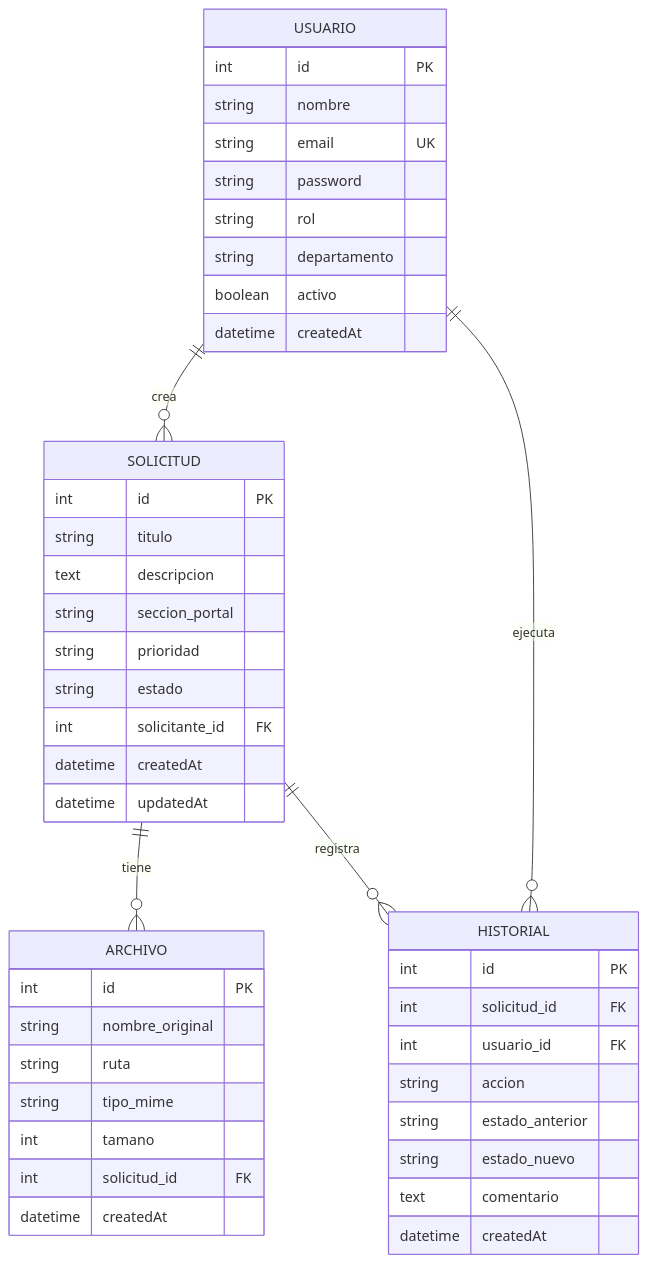
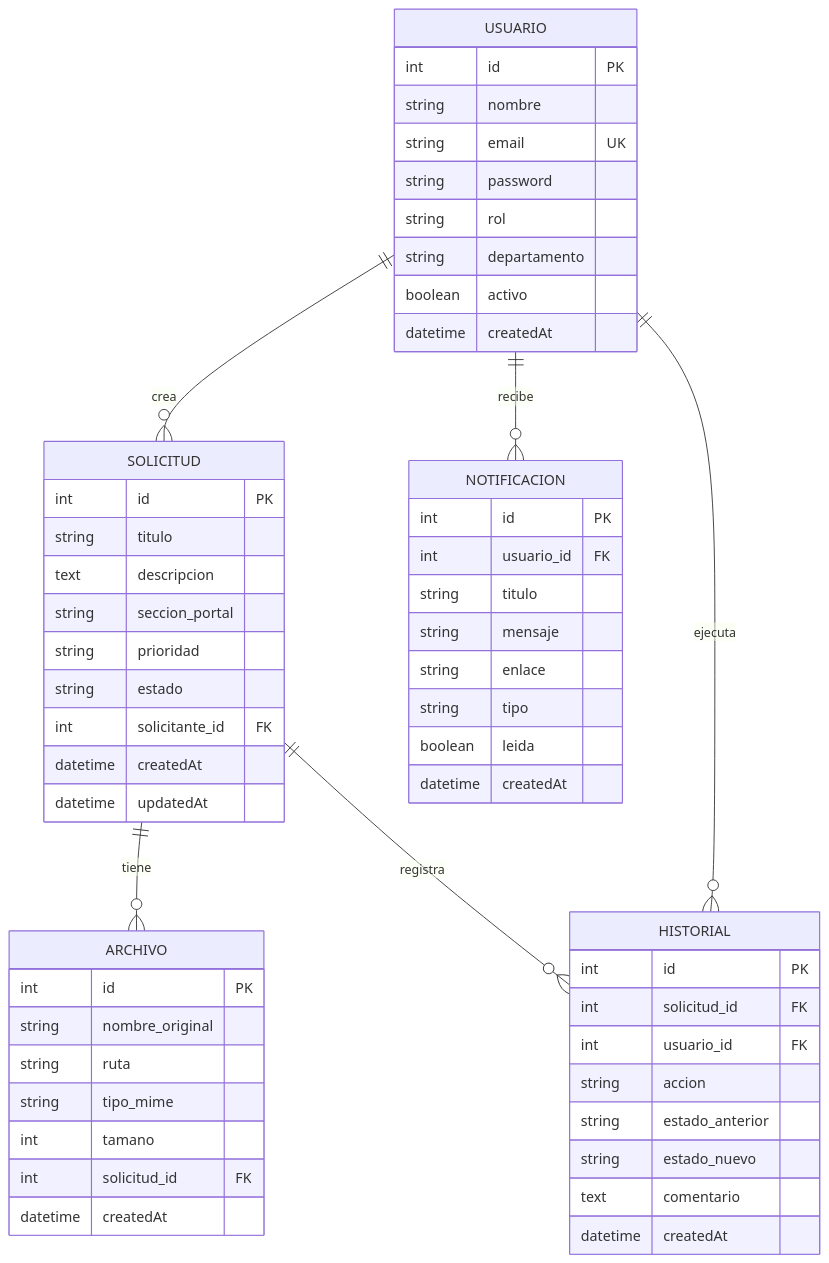
The second of 2 diagrams in REQUERIMIENTOS.md (Rodri1510la/Sistema-de-Gesti-n-de-Solicitudes-de-Actualizaci-n-de-Contenido-Web), drawn with Mermaid before and after one commit. The commit also changed other lines of this file, not shown here.

````diff
--- a/REQUERIMIENTOS.md
+++ b/REQUERIMIENTOS.md
@@ -123,48 +144,59 @@
 ```mermaid
 erDiagram
     USUARIO {
         int id PK
         string nombre
         string email UK
         string password
         string rol
         string departamento
         boolean activo
         datetime createdAt
     }
     SOLICITUD {
         int id PK
         string titulo
         text descripcion
         string seccion_portal
         string prioridad
         string estado
         int solicitante_id FK
         datetime createdAt
         datetime updatedAt
     }
     ARCHIVO {
         int id PK
         string nombre_original
         string ruta
         string tipo_mime
         int tamano
         int solicitud_id FK
         datetime createdAt
     }
     HISTORIAL {
         int id PK
         int solicitud_id FK
         int usuario_id FK
         string accion
         string estado_anterior
         string estado_nuevo
         text comentario
         datetime createdAt
     }
+    NOTIFICACION {
+        int id PK
+        int usuario_id FK
+        string titulo
+        string mensaje
+        string enlace
+        string tipo
+        boolean leida
+        datetime createdAt
+    }
 
     USUARIO ||--o{ SOLICITUD : "crea"
     SOLICITUD ||--o{ ARCHIVO : "tiene"
     SOLICITUD ||--o{ HISTORIAL : "registra"
     USUARIO ||--o{ HISTORIAL : "ejecuta"
+    USUARIO ||--o{ NOTIFICACION : "recibe"
 ```
````
